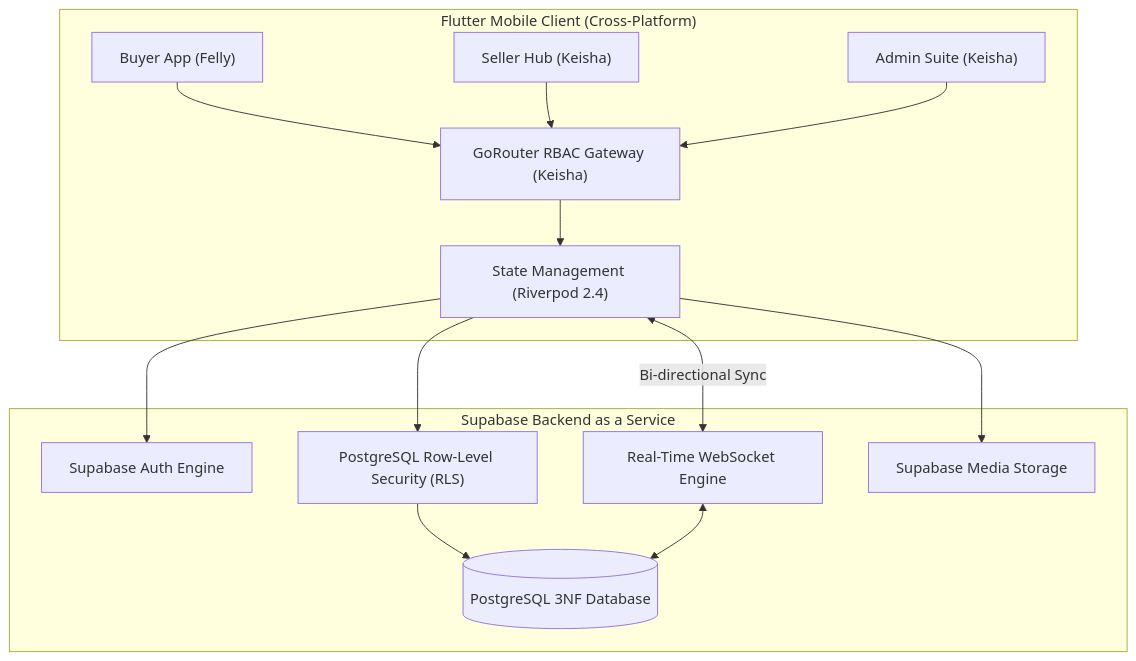
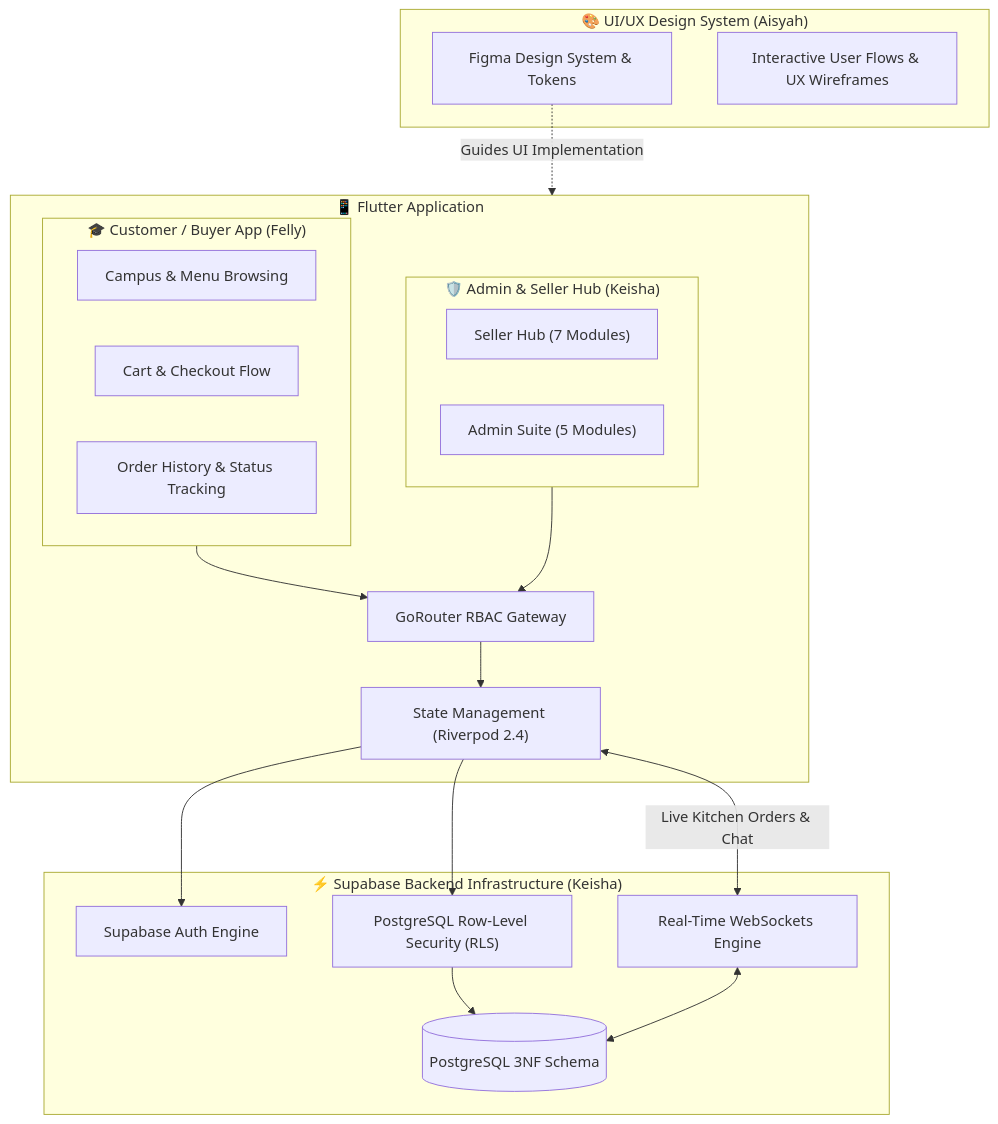
Before and after one commit to wvionn/JAJANYUK: the diagram in README.md, drawn with Mermaid. The commit also changed other lines of this file, not shown here.

````diff
--- a/README.md
+++ b/README.md
@@ -54,31 +105,40 @@
 ```mermaid
 graph TD
-    subgraph Client ["Flutter Mobile Client (Cross-Platform)"]
-        UI_Buyer["Buyer App (Felly)"]
-        UI_Seller["Seller Hub (Keisha)"]
-        UI_Admin["Admin Suite (Keisha)"]
-        
-        Router["GoRouter RBAC Gateway (Keisha)"]
+    subgraph Design ["🎨 UI/UX Design System (Aisyah)"]
+        Figma["Figma Design System & Tokens"]
+        Proto["Interactive User Flows & UX Wireframes"]
+    end
+
+    subgraph Client ["📱 Flutter Application"]
+        subgraph CustomerApp ["🎓 Customer / Buyer App (Felly)"]
+            UI_Home["Campus & Menu Browsing"]
+            UI_Cart["Cart & Checkout Flow"]
+            UI_Orders["Order History & Status Tracking"]
+        end
+
+        subgraph ManagementApp ["🛡️ Admin & Seller Hub (Keisha)"]
+            UI_Seller["Seller Hub (7 Modules)"]
+            UI_Admin["Admin Suite (5 Modules)"]
+        end
+
+        Router["GoRouter RBAC Gateway"]
         State["State Management (Riverpod 2.4)"]
     end
 
-    subgraph Backend ["Supabase Backend as a Service"]
+    subgraph Backend ["⚡ Supabase Backend Infrastructure (Keisha)"]
         Auth["Supabase Auth Engine"]
         RLS["PostgreSQL Row-Level Security (RLS)"]
-        WS["Real-Time WebSocket Engine"]
-        DB[(PostgreSQL 3NF Database)]
-        Storage["Supabase Media Storage"]
+        WS["Real-Time WebSockets Engine"]
+        DB[(PostgreSQL 3NF Schema)]
     end
 
-    UI_Buyer --> Router
-    UI_Seller --> Router
-    UI_Admin --> Router
-    
+    Figma -.->|Guides UI Implementation| Client
+    CustomerApp --> Router
+    ManagementApp --> Router
     Router --> State
     State --> Auth
     State --> RLS
     RLS --> DB
-    State <-->|Bi-directional Sync| WS
+    State <-->|Live Kitchen Orders & Chat| WS
     WS <--> DB
-    State --> Storage
 ```
````
